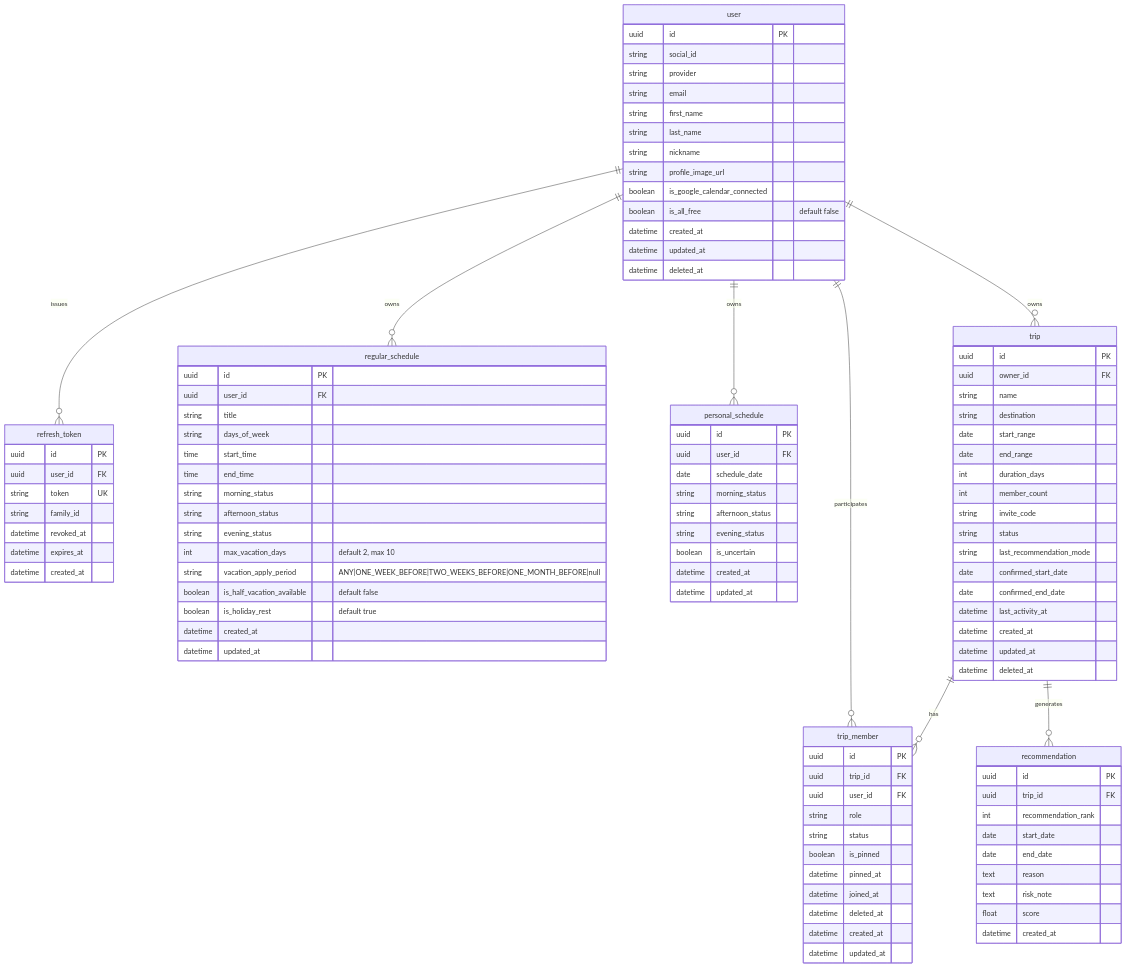
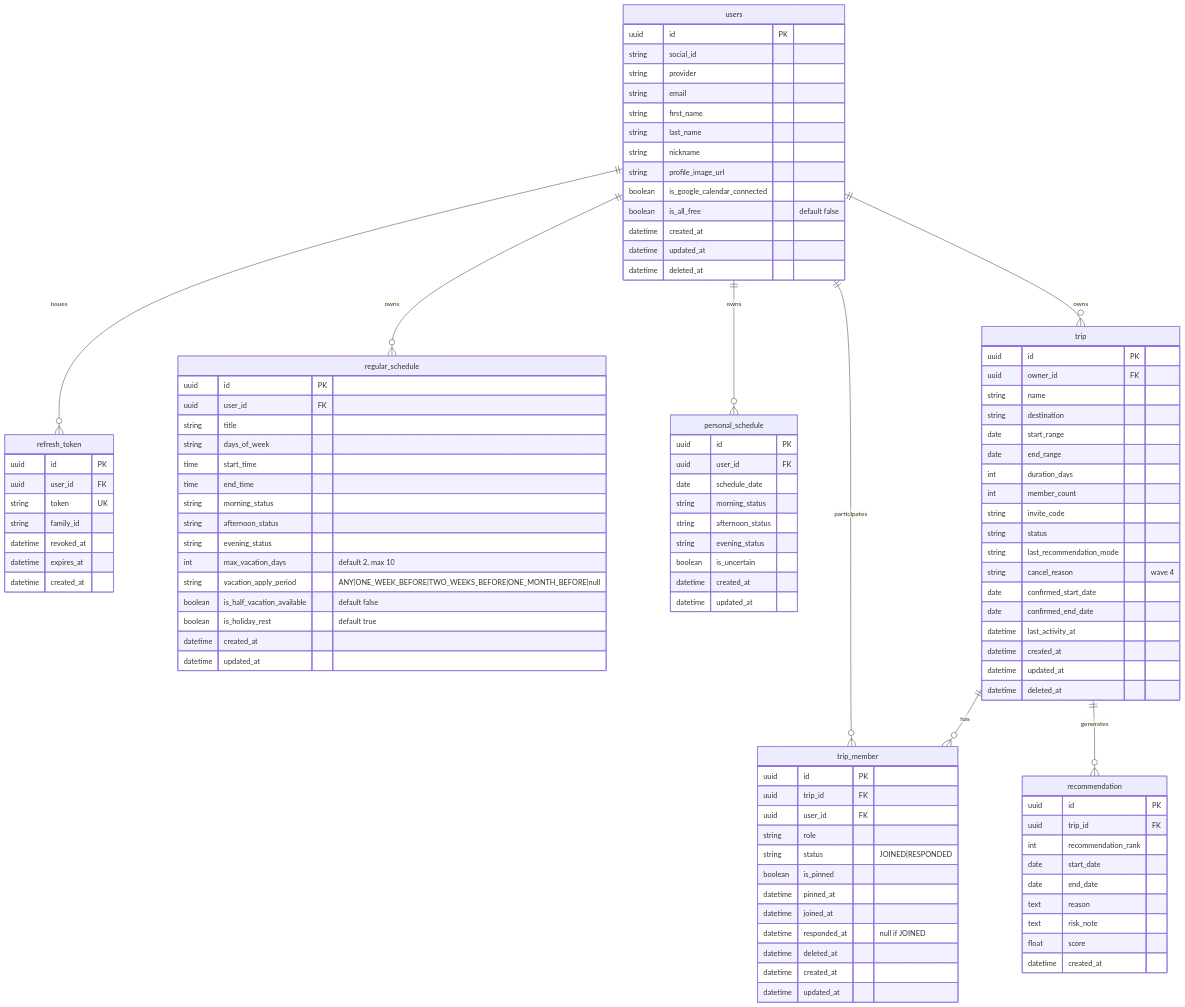
The diagram in docs/architecture/erd.md (Central-MakeUs/TripFit-server), drawn with Mermaid before and after one commit. The commit also changed other lines of this file and 15 other files, not shown here.

First line of the commit message:
Feat: ERD — users rename · responded_at · soft-delete UNIQUE

````diff
--- a/docs/architecture/erd.md
+++ b/docs/architecture/erd.md
@@ -18,14 +18,14 @@
 ```mermaid
 erDiagram
-    user ||--o{ refresh_token : issues
-    user ||--o{ regular_schedule : owns
-    user ||--o{ personal_schedule : owns
-    user ||--o{ trip_member : participates
-    user ||--o{ trip : owns
+    users ||--o{ refresh_token : issues
+    users ||--o{ regular_schedule : owns
+    users ||--o{ personal_schedule : owns
+    users ||--o{ trip_member : participates
+    users ||--o{ trip : owns
     trip ||--o{ trip_member : has
     trip ||--o{ recommendation : generates
 
-    user {
+    users {
         uuid id PK
         string social_id
         string provider
@@ -93,6 +93,7 @@
         string invite_code
         string status
         string last_recommendation_mode
+        string cancel_reason "wave 4"
         date confirmed_start_date
         date confirmed_end_date
         datetime last_activity_at
@@ -106,10 +107,11 @@
         uuid trip_id FK
         uuid user_id FK
         string role
-        string status
+        string status "JOINED|RESPONDED"
         boolean is_pinned
         datetime pinned_at
         datetime joined_at
+        datetime responded_at "null if JOINED"
         datetime deleted_at
         datetime created_at
         datetime updated_at
````
